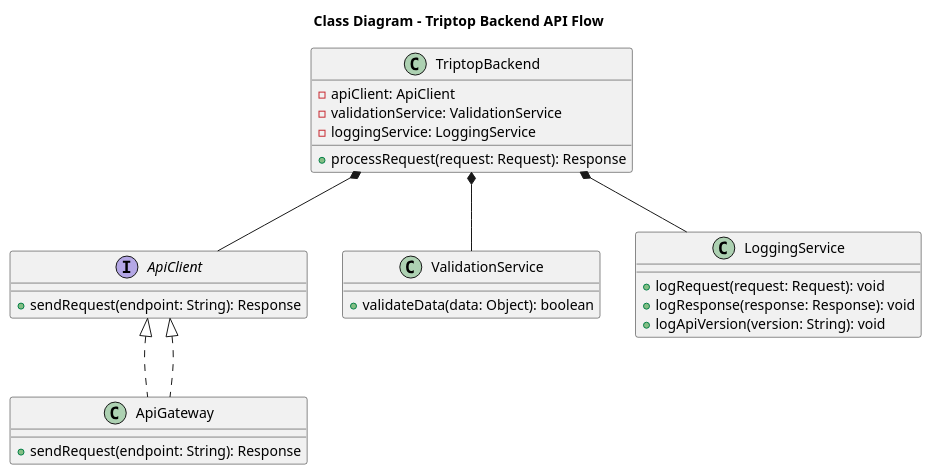
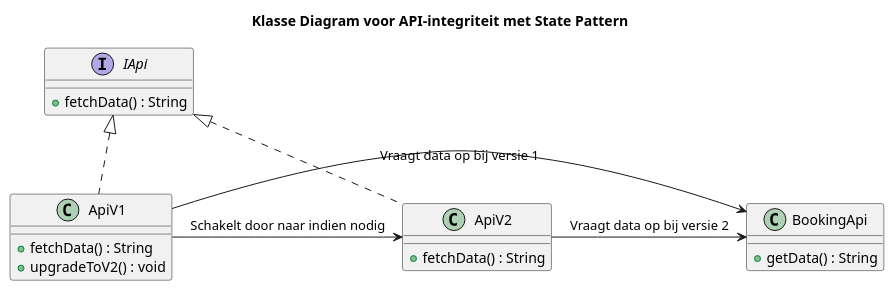
Before and after one commit to AIM-ENE-feb25/triptop-beca: the diagram in voorbereidingen/week2-les3/class-diagram.puml, drawn with PlantUML.

Commit message:
Verbeterd klasse diagram

```diff
--- a/voorbereidingen/week2-les3/class-diagram.puml
+++ b/voorbereidingen/week2-les3/class-diagram.puml
@@ -1,34 +1,29 @@
 @startuml
-title Class Diagram - Triptop Backend API Flow
 
-interface ApiClient {
-    + sendRequest(endpoint: String): Response
+title Klasse Diagram voor API-integriteit met State Pattern
+
+interface IApi {
+    + fetchData() : String
 }
 
-class ApiGateway implements ApiClient {
-    + sendRequest(endpoint: String): Response
+class ApiV1 {
+    + fetchData() : String
+    + upgradeToV2() : void
 }
 
-class ValidationService {
-    + validateData(data: Object): boolean
+class ApiV2 {
+    + fetchData() : String
 }
 
-class LoggingService {
-    + logRequest(request: Request): void
-    + logResponse(response: Response): void
-    + logApiVersion(version: String): void
+class BookingApi {
+    + getData() : String
 }
 
-class TriptopBackend {
-    - apiClient: ApiClient
-    - validationService: ValidationService
-    - loggingService: LoggingService
-    + processRequest(request: Request): Response
-}
+IApi <|.. ApiV1
+IApi <|.. ApiV2
 
-ApiClient <|.. ApiGateway
-TriptopBackend *-- ApiClient
-TriptopBackend *-- ValidationService
-TriptopBackend *-- LoggingService
+ApiV1 -> ApiV2 : "Schakelt door naar indien nodig"
+ApiV1 -> BookingApi : "Vraagt data op bij versie 1"
+ApiV2 -> BookingApi : "Vraagt data op bij versie 2"
 
 @enduml
```
